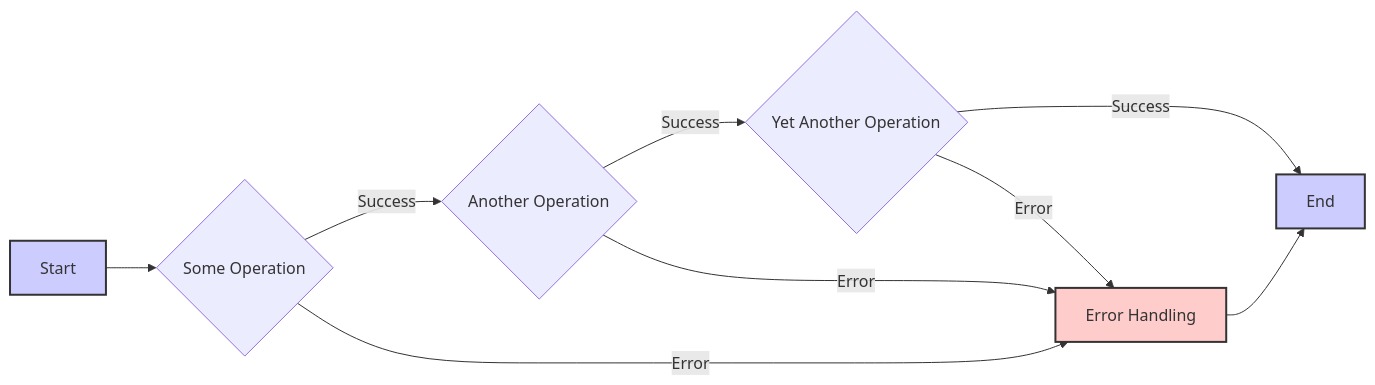
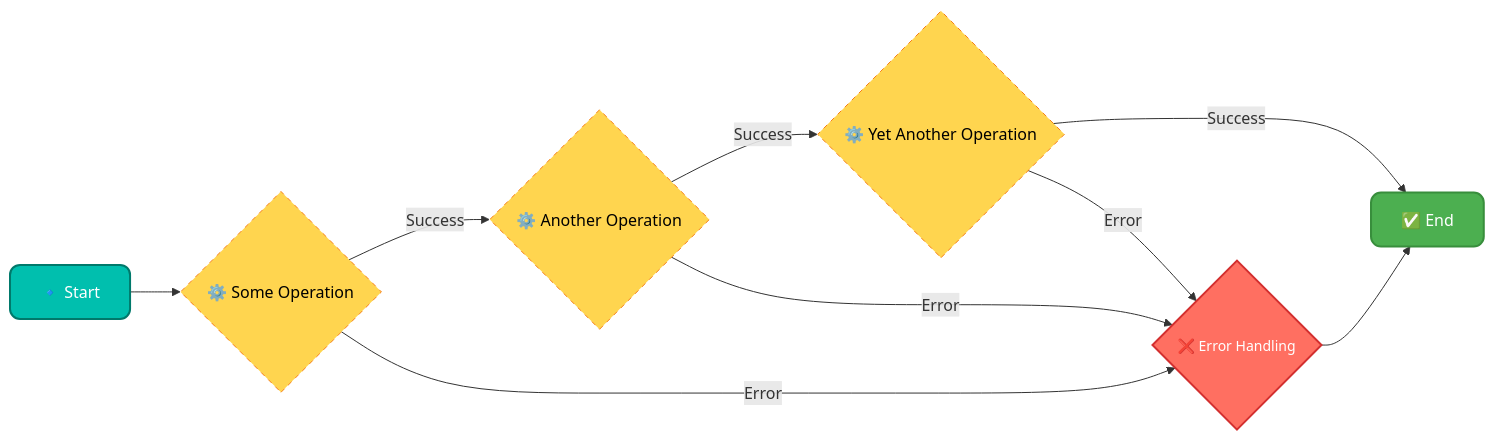
One commit to infoyouth/infoyouth.github.io changed the second of 5 diagrams in _posts/2024-12-26-15.-c-error-handling.md. Above: the diagram before and after it, drawn with Mermaid. The commit also changed other lines of this file, not shown here.

````diff
--- a/_posts/2024-12-26-15.-c-error-handling.md
+++ b/_posts/2024-12-26-15.-c-error-handling.md
@@ -243,15 +261,23 @@
 ```mermaid
 graph LR
-    A[Start] --> B{Some Operation};
-    B -- Success --> C{Another Operation};
-    C -- Success --> D{Yet Another Operation};
-    D -- Success --> E[End];
-    B -- Error --> F[Error Handling];
-    C -- Error --> F;
-    D -- Error --> F;
-    F --> E;
+    A[🔹 Start] --> B{⚙️ Some Operation}
+    B -- Success --> C{⚙️ Another Operation}
+    C -- Success --> D{⚙️ Yet Another Operation}
+    D -- Success --> E[✅ End]
+    B -- Error --> F{❌ Error Handling}
+    C -- Error --> F
+    D -- Error --> F
+    F --> E
 
-    style A fill:#ccf,stroke:#333,stroke-width:2px
-    style E fill:#ccf,stroke:#333,stroke-width:2px
-     style F fill:#fcc,stroke:#333,stroke-width:2px
+    class A startNode
+    class B decisionNode
+    class C decisionNode
+    class D decisionNode
+    class E returnNode
+    class F processNode
+
+    classDef startNode fill:#00BFAE,stroke:#00796B,color:#FFFFFF,font-size:16px,stroke-width:2px,rx:10px;
+    classDef decisionNode fill:#FFD54F,stroke:#F57F17,color:#000000,font-size:16px,stroke-dasharray: 5,5;
+    classDef returnNode fill:#4CAF50,stroke:#388E3C,color:#FFFFFF,font-size:16px,stroke-width:2px,rx:10px;
+    classDef processNode fill:#FF6F61,stroke:#D32F2F,color:#FFFFFF,font-size:14px,stroke-width:2px,rx:10px;
 ```
````
